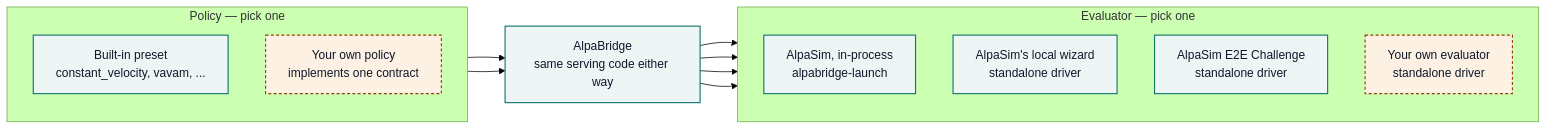
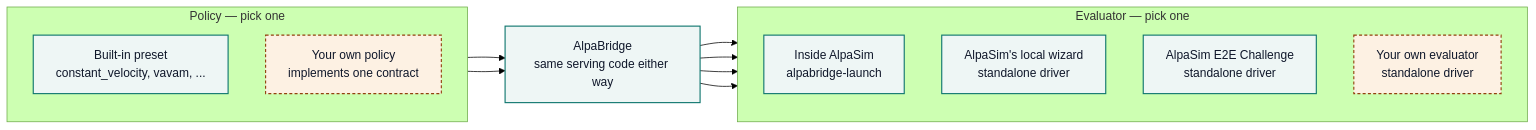
Before and after one commit to amtellezfernandez/AlpaBridge: the diagram in docs/extending.md, drawn with Mermaid (forest theme). The commit also changed 2 other files, not shown here.

Commit message:
Fix terminology regressions: "in-process" and "dependency-light" crept back in
Found two spots where "in-process" (renamed to "inside AlpaSim" everywhere,
several commits back) had crept back in: README's Get Scene Data section,
and a diagram node label in docs/extending.md that didn't match its own
Evaluation Paths table two sections below. Fixed both.

Also fixed two "dependency-light" mentions in getting-started.md left over
from before this session's simple-language pass touched that file - same
onboarding-doc audience as the README, same standard applies. Left
"dependency-light" alone in the deeper technical docs (cli.md, design.md,
challenge-compatibility.md, womd-targeting.md) where it's used precisely
and consistently as an established term, consistent with the existing
"plain language for onboarding docs, precision for deep-dive docs" split.

````diff
--- a/docs/extending.md
+++ b/docs/extending.md
@@ -104,33 +104,33 @@
 ```mermaid
 flowchart LR
     subgraph Policy [" Policy — pick one "]
         direction TB
         P1["Built-in preset<br/>constant_velocity, vavam, ..."]
         P2["Your own policy<br/>implements one contract"]
     end
 
     Bridge["AlpaBridge<br/>same serving code either way"]
 
     subgraph Evaluator [" Evaluator — pick one "]
         direction TB
-        E1["AlpaSim, in-process<br/>alpabridge-launch"]
+        E1["Inside AlpaSim<br/>alpabridge-launch"]
         E2["AlpaSim's local wizard<br/>standalone driver"]
         E3["AlpaSim E2E Challenge<br/>standalone driver"]
         E4["Your own evaluator<br/>standalone driver"]
     end
 
     P1 --> Bridge
     P2 --> Bridge
     Bridge --> E1
     Bridge --> E2
     Bridge --> E3
     Bridge --> E4
 
     style P1 fill:#eef6f5,stroke:#0f766e,stroke-width:1.5px,color:#0f172a
     style P2 fill:#fdf1e3,stroke:#92400e,stroke-width:1.5px,stroke-dasharray: 4 3,color:#0f172a
     style Bridge fill:#eef6f5,stroke:#0f766e,stroke-width:1.5px,color:#0f172a
     style E1 fill:#eef6f5,stroke:#0f766e,stroke-width:1.5px,color:#0f172a
     style E2 fill:#eef6f5,stroke:#0f766e,stroke-width:1.5px,color:#0f172a
     style E3 fill:#eef6f5,stroke:#0f766e,stroke-width:1.5px,color:#0f172a
     style E4 fill:#fdf1e3,stroke:#92400e,stroke-width:1.5px,stroke-dasharray: 4 3,color:#0f172a
 ```
````
